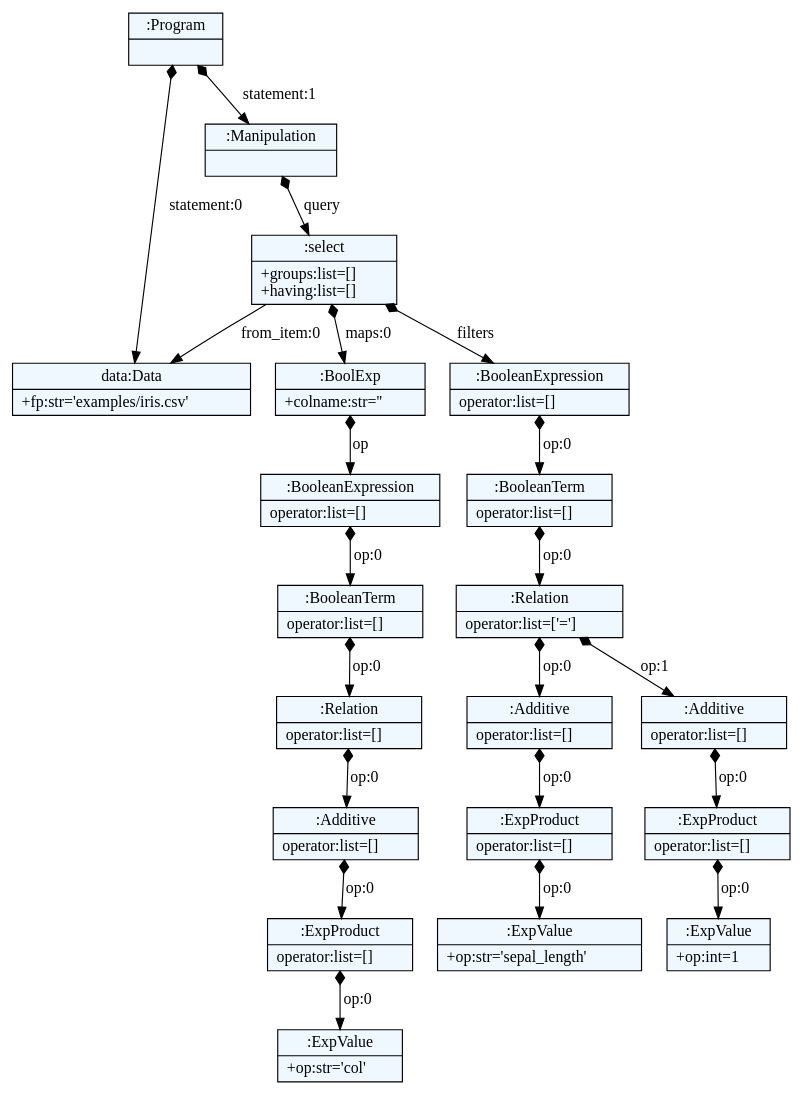
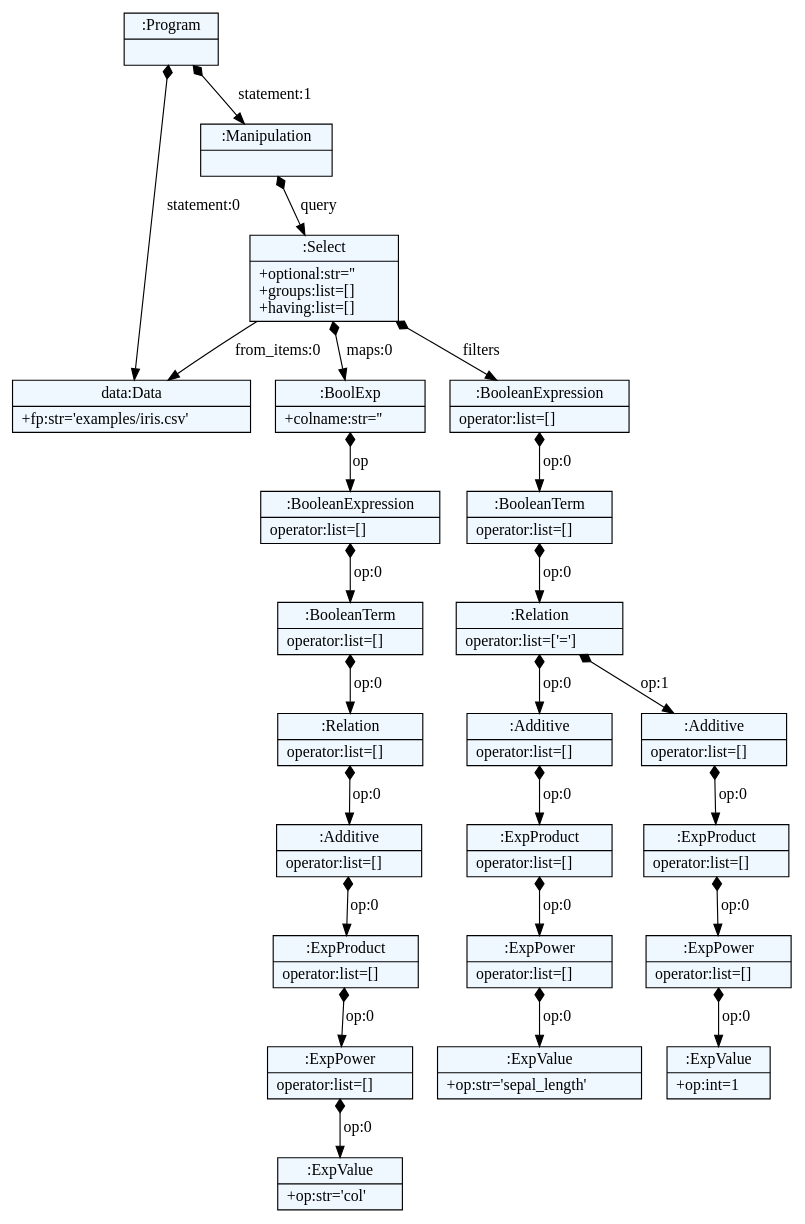
One commit to robinjack/dsl_for_data_analysis changed the diagram in examples/basic_manipulation_select_filter.dot. Above: the diagram before and after it, drawn with Graphviz. The commit also changed 34 other files, not shown here.

```diff
--- a/examples/basic_manipulation_select_filter.dot
+++ b/examples/basic_manipulation_select_filter.dot
@@ -1,55 +1,61 @@
 
     digraph textX {
     fontname = "Bitstream Vera Sans"
     fontsize = 8
     node[
         shape=record,
         style=filled,
         fillcolor=aliceblue
     ]
     nodesep = 0.3
     edge[dir=black,arrowtail=empty]
 
 
-4624178320 -> 4624329552 [label="statement:0" arrowtail=diamond dir=both]
-4624329552[label="{data:Data|+fp:str='examples/iris.csv'\l}"]
-4624178320 -> 4624330512 [label="statement:1" arrowtail=diamond dir=both]
-4624330512 -> 4624328400 [label="query" arrowtail=diamond dir=both]
-4624328400 -> 4624132304 [label="maps:0" arrowtail=diamond dir=both]
-4624132304 -> 4624131984 [label="op" arrowtail=diamond dir=both]
-4624131984 -> 4624155664 [label="op:0" arrowtail=diamond dir=both]
-4624155664 -> 4624155024 [label="op:0" arrowtail=diamond dir=both]
-4624155024 -> 4624155920 [label="op:0" arrowtail=diamond dir=both]
-4624155920 -> 4624157392 [label="op:0" arrowtail=diamond dir=both]
-4624157392 -> 4624158480 [label="op:0" arrowtail=diamond dir=both]
-4624158480[label="{:ExpValue|+op:str='col'\l}"]
-4624157392[label="{:ExpProduct|operator:list=[]\l}"]
-4624155920[label="{:Additive|operator:list=[]\l}"]
-4624155024[label="{:Relation|operator:list=[]\l}"]
-4624155664[label="{:BooleanTerm|operator:list=[]\l}"]
-4624131984[label="{:BooleanExpression|operator:list=[]\l}"]
-4624132304[label="{:BoolExp|+colname:str=''\l}"]
-4624328400 -> 4624329552 [label="from_item:0" ]
-4624328400 -> 4624156688 [label="filters" arrowtail=diamond dir=both]
-4624156688 -> 4624156816 [label="op:0" arrowtail=diamond dir=both]
-4624156816 -> 4624131024 [label="op:0" arrowtail=diamond dir=both]
-4624131024 -> 4624133840 [label="op:0" arrowtail=diamond dir=both]
-4624133840 -> 4624068432 [label="op:0" arrowtail=diamond dir=both]
-4624068432 -> 4624066960 [label="op:0" arrowtail=diamond dir=both]
-4624066960[label="{:ExpValue|+op:str='sepal_length'\l}"]
-4624068432[label="{:ExpProduct|operator:list=[]\l}"]
-4624133840[label="{:Additive|operator:list=[]\l}"]
-4624131024 -> 4624155344 [label="op:1" arrowtail=diamond dir=both]
-4624155344 -> 4624067024 [label="op:0" arrowtail=diamond dir=both]
-4624067024 -> 4624118416 [label="op:0" arrowtail=diamond dir=both]
-4624118416[label="{:ExpValue|+op:int=1\l}"]
-4624067024[label="{:ExpProduct|operator:list=[]\l}"]
-4624155344[label="{:Additive|operator:list=[]\l}"]
-4624131024[label="{:Relation|operator:list=['=']\l}"]
-4624156816[label="{:BooleanTerm|operator:list=[]\l}"]
-4624156688[label="{:BooleanExpression|operator:list=[]\l}"]
-4624328400[label="{:select|+groups:list=[]\l+having:list=[]\l}"]
-4624330512[label="{:Manipulation|}"]
-4624178320[label="{:Program|}"]
+4639041360 -> 4639101392 [label="statement:0" arrowtail=diamond dir=both]
+4639101392[label="{data:Data|+fp:str='examples/iris.csv'\l}"]
+4639041360 -> 4639104016 [label="statement:1" arrowtail=diamond dir=both]
+4639104016 -> 4639104784 [label="query" arrowtail=diamond dir=both]
+4639104784 -> 4639102928 [label="maps:0" arrowtail=diamond dir=both]
+4639102928 -> 4639117520 [label="op" arrowtail=diamond dir=both]
+4639117520 -> 4639118096 [label="op:0" arrowtail=diamond dir=both]
+4639118096 -> 4639118992 [label="op:0" arrowtail=diamond dir=both]
+4639118992 -> 4638681360 [label="op:0" arrowtail=diamond dir=both]
+4638681360 -> 4639230672 [label="op:0" arrowtail=diamond dir=both]
+4639230672 -> 4639228624 [label="op:0" arrowtail=diamond dir=both]
+4639228624 -> 4639229264 [label="op:0" arrowtail=diamond dir=both]
+4639229264[label="{:ExpValue|+op:str='col'\l}"]
+4639228624[label="{:ExpPower|operator:list=[]\l}"]
+4639230672[label="{:ExpProduct|operator:list=[]\l}"]
+4638681360[label="{:Additive|operator:list=[]\l}"]
+4639118992[label="{:Relation|operator:list=[]\l}"]
+4639118096[label="{:BooleanTerm|operator:list=[]\l}"]
+4639117520[label="{:BooleanExpression|operator:list=[]\l}"]
+4639102928[label="{:BoolExp|+colname:str=''\l}"]
+4639104784 -> 4639101392 [label="from_items:0" ]
+4639104784 -> 4639102416 [label="filters" arrowtail=diamond dir=both]
+4639102416 -> 4639120272 [label="op:0" arrowtail=diamond dir=both]
+4639120272 -> 4639120848 [label="op:0" arrowtail=diamond dir=both]
+4639120848 -> 4639230864 [label="op:0" arrowtail=diamond dir=both]
+4639230864 -> 4639228944 [label="op:0" arrowtail=diamond dir=both]
+4639228944 -> 4639231184 [label="op:0" arrowtail=diamond dir=both]
+4639231184 -> 4639335376 [label="op:0" arrowtail=diamond dir=both]
+4639335376[label="{:ExpValue|+op:str='sepal_length'\l}"]
+4639231184[label="{:ExpPower|operator:list=[]\l}"]
+4639228944[label="{:ExpProduct|operator:list=[]\l}"]
+4639230864[label="{:Additive|operator:list=[]\l}"]
+4639120848 -> 4639117840 [label="op:1" arrowtail=diamond dir=both]
+4639117840 -> 4639230416 [label="op:0" arrowtail=diamond dir=both]
+4639230416 -> 4639335056 [label="op:0" arrowtail=diamond dir=both]
+4639335056 -> 4639335312 [label="op:0" arrowtail=diamond dir=both]
+4639335312[label="{:ExpValue|+op:int=1\l}"]
+4639335056[label="{:ExpPower|operator:list=[]\l}"]
+4639230416[label="{:ExpProduct|operator:list=[]\l}"]
+4639117840[label="{:Additive|operator:list=[]\l}"]
+4639120848[label="{:Relation|operator:list=['=']\l}"]
+4639120272[label="{:BooleanTerm|operator:list=[]\l}"]
+4639102416[label="{:BooleanExpression|operator:list=[]\l}"]
+4639104784[label="{:Select|+optional:str=''\l+groups:list=[]\l+having:list=[]\l}"]
+4639104016[label="{:Manipulation|}"]
+4639041360[label="{:Program|}"]
 
 }
```
